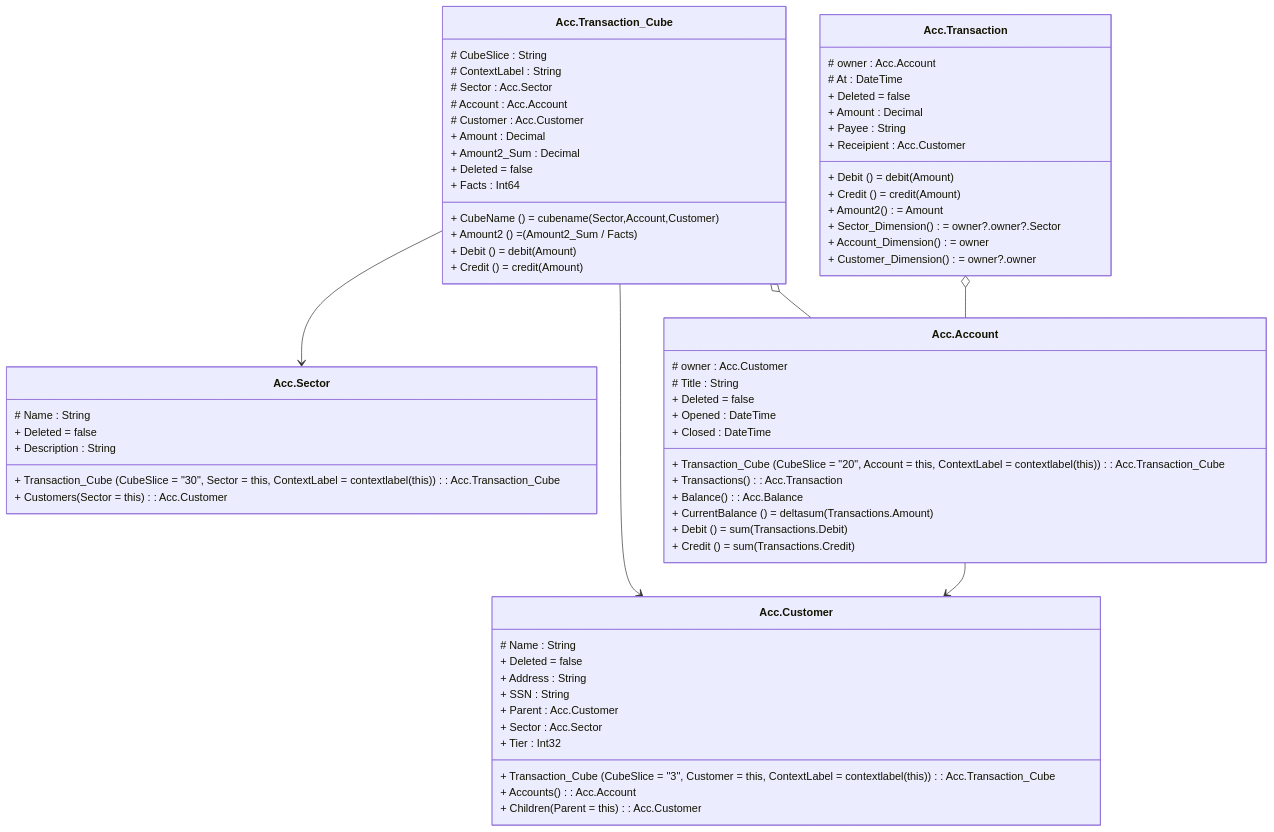
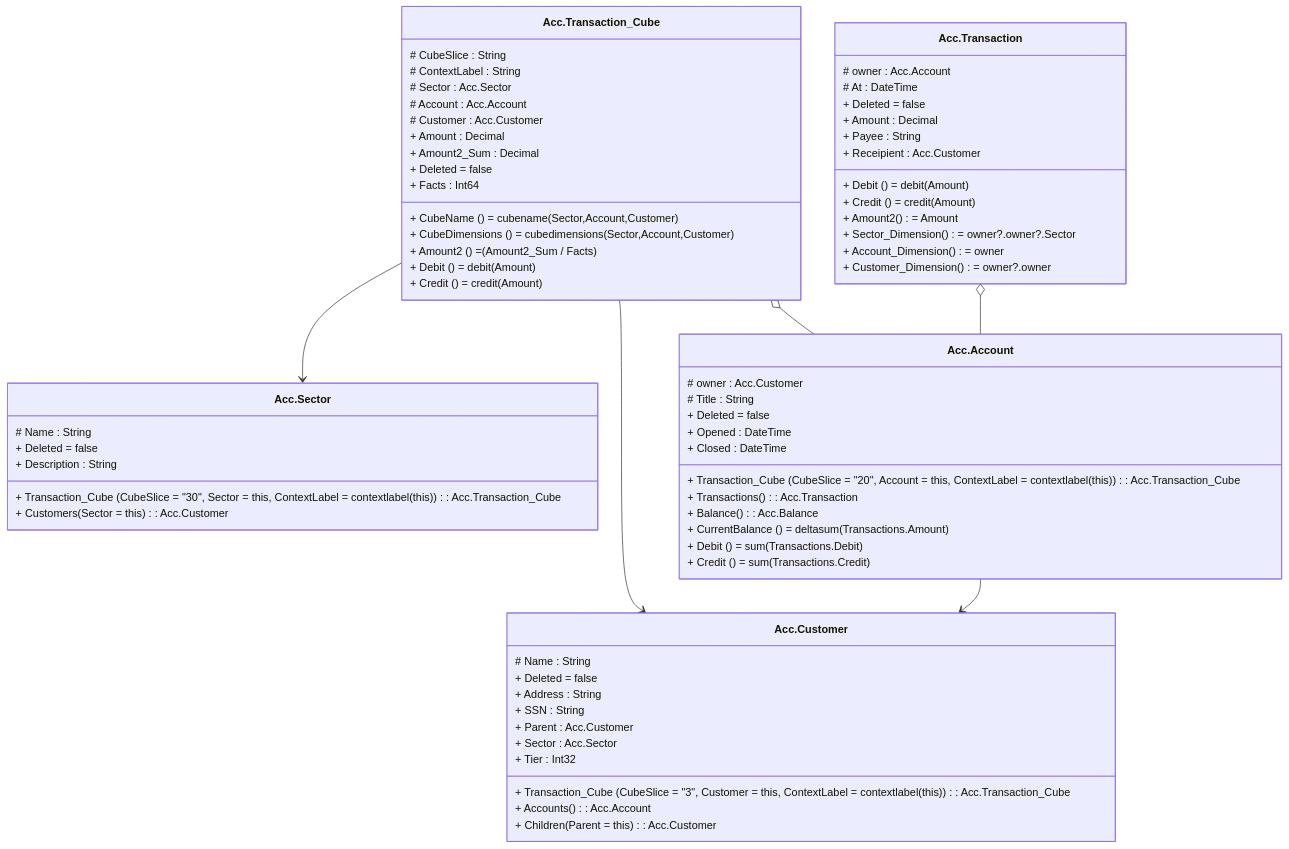
One commit to channell/Hiperspace changed the diagram in examples/Account/Account-cube.md. Above: the diagram before and after it, drawn with Mermaid. The commit also changed other lines of this file and 44 other files, not shown here.

First line of the commit message:
<PackageReleaseNotes>https://www.cepheis.com/hiperspace/20260509 # Overview This release is a minor update to support the presentation Cube data in  Graph views with **Hiperspace.DB**, and minor updated to external references.

````diff
--- a/examples/Account/Account-cube.md
+++ b/examples/Account/Account-cube.md
@@ -2,70 +2,71 @@
 ```mermaid
 classDiagram
     class Acc.Sector {
         # Name  : String
         + Deleted  = false
         + Description  : String
         + Transaction_Cube (CubeSlice = "30", Sector = this, ContextLabel = contextlabel(this)) : Acc.Transaction_Cube
         + Customers (Sector = this) : Acc.Customer
     }
     class Acc.Customer {
         # Name  : String
         + Deleted  = false
         + Address  : String
         + SSN  : String
         + Parent  : Acc.Customer
         + Sector  : Acc.Sector
         + Tier  : Int32
         + Transaction_Cube (CubeSlice = "3", Customer = this, ContextLabel = contextlabel(this)) : Acc.Transaction_Cube
         + Accounts () : Acc.Account
         + Children (Parent = this) : Acc.Customer
     }
     class Acc.Account {
         # owner  : Acc.Customer
         # Title  : String
         + Deleted  = false
         + Opened  : DateTime
         + Closed  : DateTime
         + Transaction_Cube (CubeSlice = "20", Account = this, ContextLabel = contextlabel(this)) : Acc.Transaction_Cube
         + Transactions () : Acc.Transaction
         + Balance () : Acc.Balance
         + CurrentBalance () = deltasum(Transactions.Amount)
         + Debit () = sum(Transactions.Debit)
         + Credit () = sum(Transactions.Credit)
     }
     Acc.Account --> Acc.Customer
     class Acc.Transaction {
         # owner  : Acc.Account
         # At  : DateTime
         + Deleted  = false
         + Amount  : Decimal
         + Payee  : String
         + Receipient  : Acc.Customer
         + Debit () = debit(Amount)
         + Credit () = credit(Amount)
         + Amount2 () = Amount
         + Sector_Dimension () = owner?.owner?.Sector
         + Account_Dimension () = owner
         + Customer_Dimension () = owner?.owner
     }
     Acc.Transaction o-- Acc.Account
     class Acc.Transaction_Cube {
         # CubeSlice  : String
         # ContextLabel  : String
         # Sector  : Acc.Sector
         # Account  : Acc.Account
         # Customer  : Acc.Customer
         + Amount  : Decimal
         + Amount2_Sum  : Decimal
         + Deleted  = false
         + Facts  : Int64
         + CubeName () = cubename(Sector,Account,Customer)
+        + CubeDimensions () = cubedimensions(Sector,Account,Customer)
         + Amount2 () = (Amount2_Sum / Facts)
         + Debit () = debit(Amount)
         + Credit () = credit(Amount)
     }
     Acc.Transaction_Cube --> Acc.Sector
     Acc.Transaction_Cube o-- Acc.Account
     Acc.Transaction_Cube --> Acc.Customer
 
 ```
````
